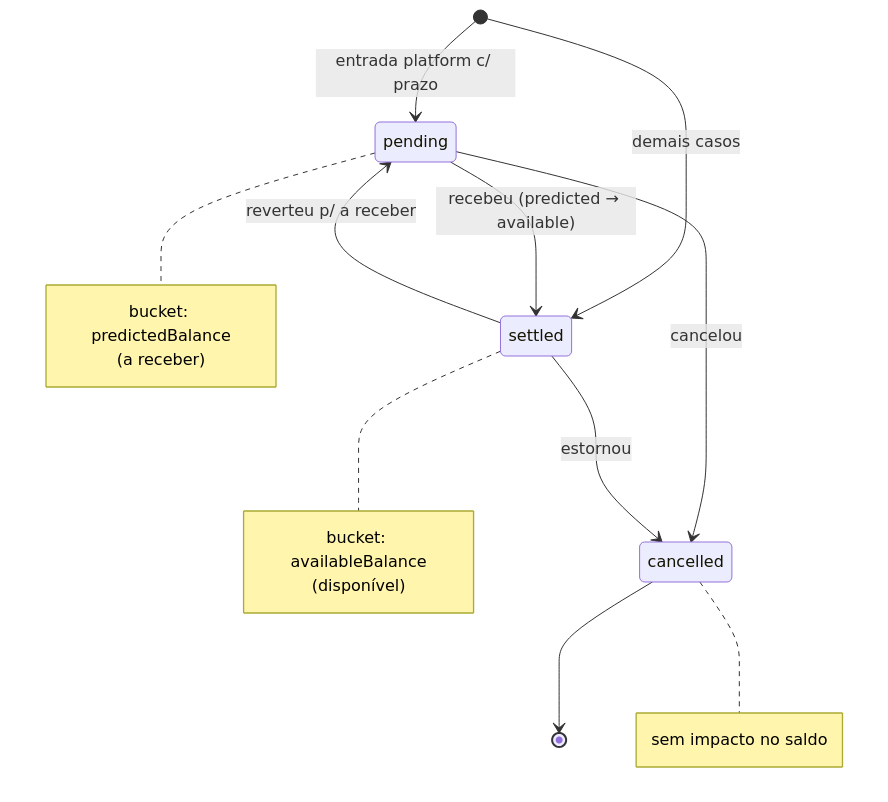
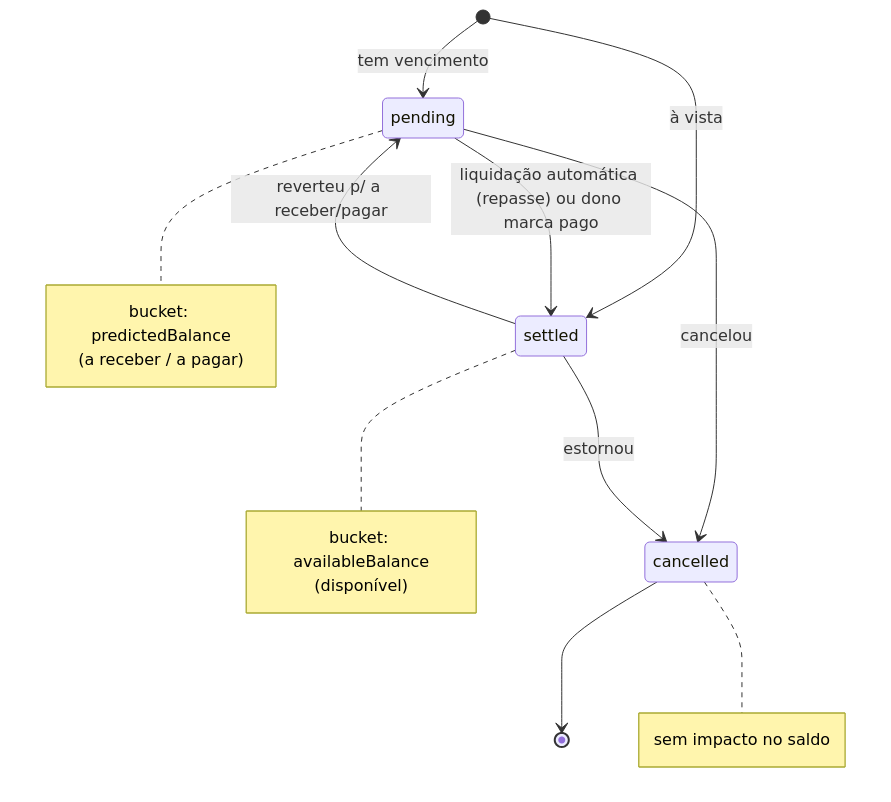
The second of 2 diagrams in docs/sistema/api/movimento.md (Mintly-Autonomos/Documents), drawn with Mermaid before and after one commit. The commit also changed other lines of this file and 16 other files, not shown here.

````diff
--- a/docs/sistema/api/movimento.md
+++ b/docs/sistema/api/movimento.md
@@ -51,22 +67,22 @@
 ```mermaid
 stateDiagram-v2
-  [*] --> pending: entrada platform c/ prazo
-  [*] --> settled: demais casos
-  pending --> settled: recebeu (predicted → available)
+  [*] --> pending: tem vencimento
+  [*] --> settled: à vista
+  pending --> settled: liquidação automática (repasse) ou dono marca pago
   pending --> cancelled: cancelou
   settled --> cancelled: estornou
-  settled --> pending: reverteu p/ a receber
+  settled --> pending: reverteu p/ a receber/pagar
   cancelled --> [*]
 
   note right of pending
     bucket: predictedBalance
-    (a receber)
+    (a receber / a pagar)
   end note
   note right of settled
     bucket: availableBalance
     (disponível)
   end note
   note right of cancelled
     sem impacto no saldo
   end note
 ```
````
